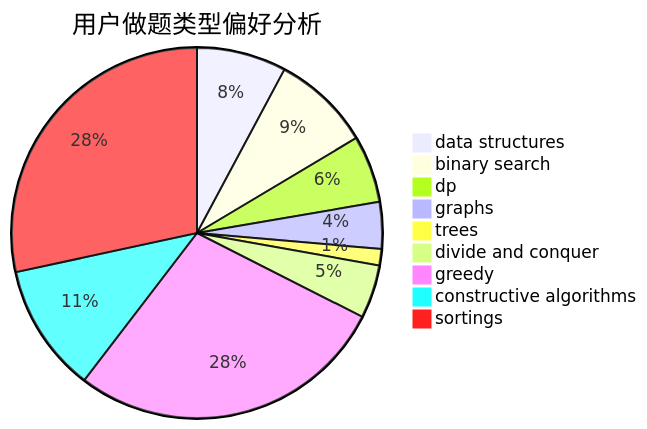
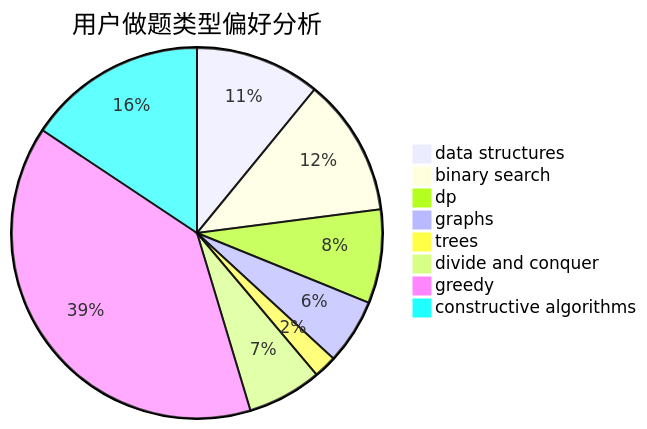
The second of 3 diagrams in docs/user/u459.md (sherpahu/cfrs.github.io), drawn with Mermaid before and after one commit. The commit also changed other lines of this file and 2769 other files, not shown here.

````diff
--- a/docs/user/u459.md
+++ b/docs/user/u459.md
@@ -18,12 +18,11 @@
 ```mermaid
 pie title 用户做题类型偏好分析
     "data structures" :  136
     "binary search" :  150
     "dp" :  102
     "graphs" :  71
     "trees" :  25
     "divide and conquer" :  81
     "greedy" :  486
     "constructive algorithms" :  195
-    "sortings" :  494
 ```
````
